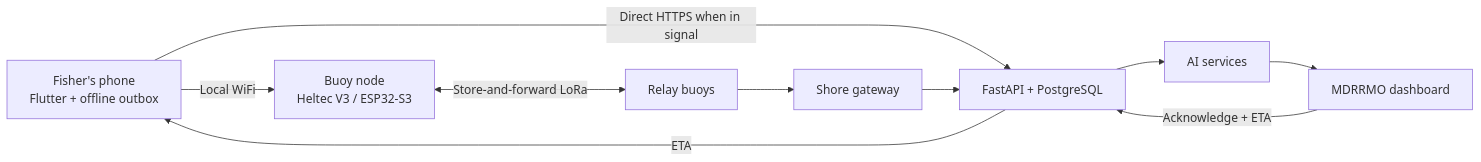
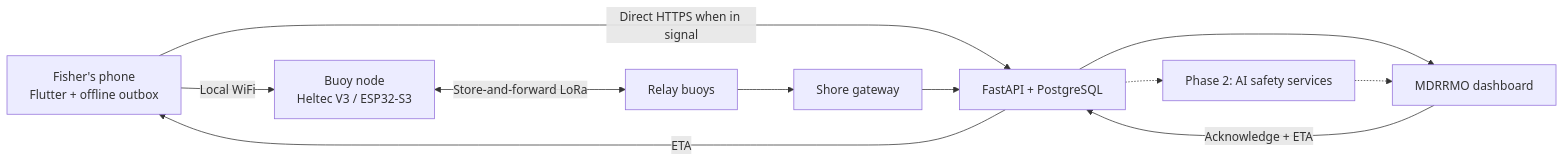
The diagram in README.md (Aquanons/AIHackathon2026_Aquanons_AqOne), drawn with Mermaid before and after one commit. The commit also changed other lines of this file, not shown here.

````diff
--- a/README.md
+++ b/README.md
@@ -272,12 +292,13 @@
 ```mermaid
 flowchart LR
     A["Fisher's phone<br/>Flutter + offline outbox"] -->|Local WiFi| B["Buoy node<br/>Heltec V3 / ESP32-S3"]
     A -->|Direct HTTPS when in signal| E
     B <-->|Store-and-forward LoRa| C["Relay buoys"]
     C --> D["Shore gateway"]
     D --> E["FastAPI + PostgreSQL"]
-    E --> F["AI services"]
-    F --> G["MDRRMO dashboard"]
+    E --> G["MDRRMO dashboard"]
+    E -.-> F["Phase 2: AI safety services"]
+    F -.-> G
     G -->|Acknowledge + ETA| E
     E -->|ETA| A
 ```
````
